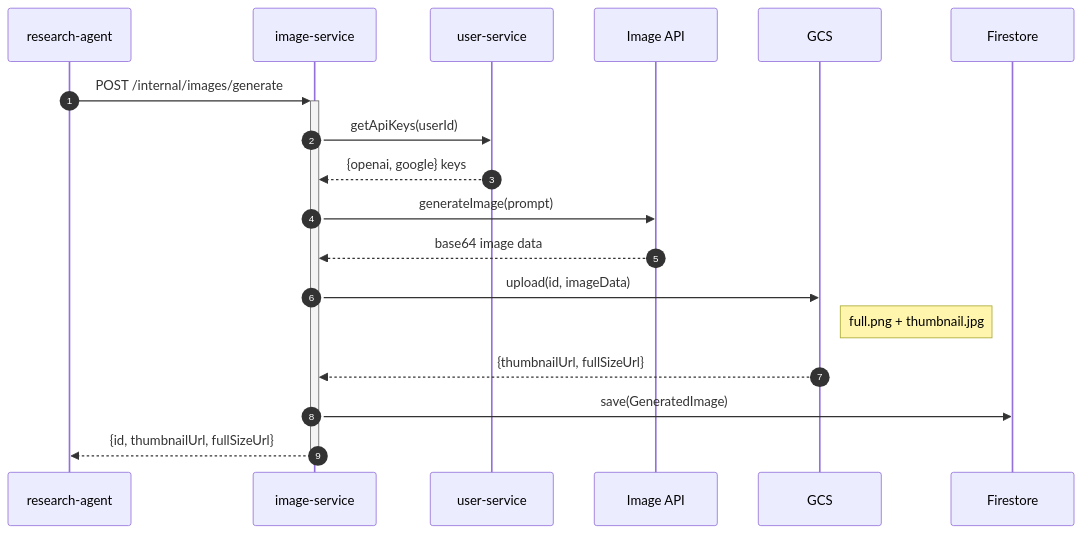
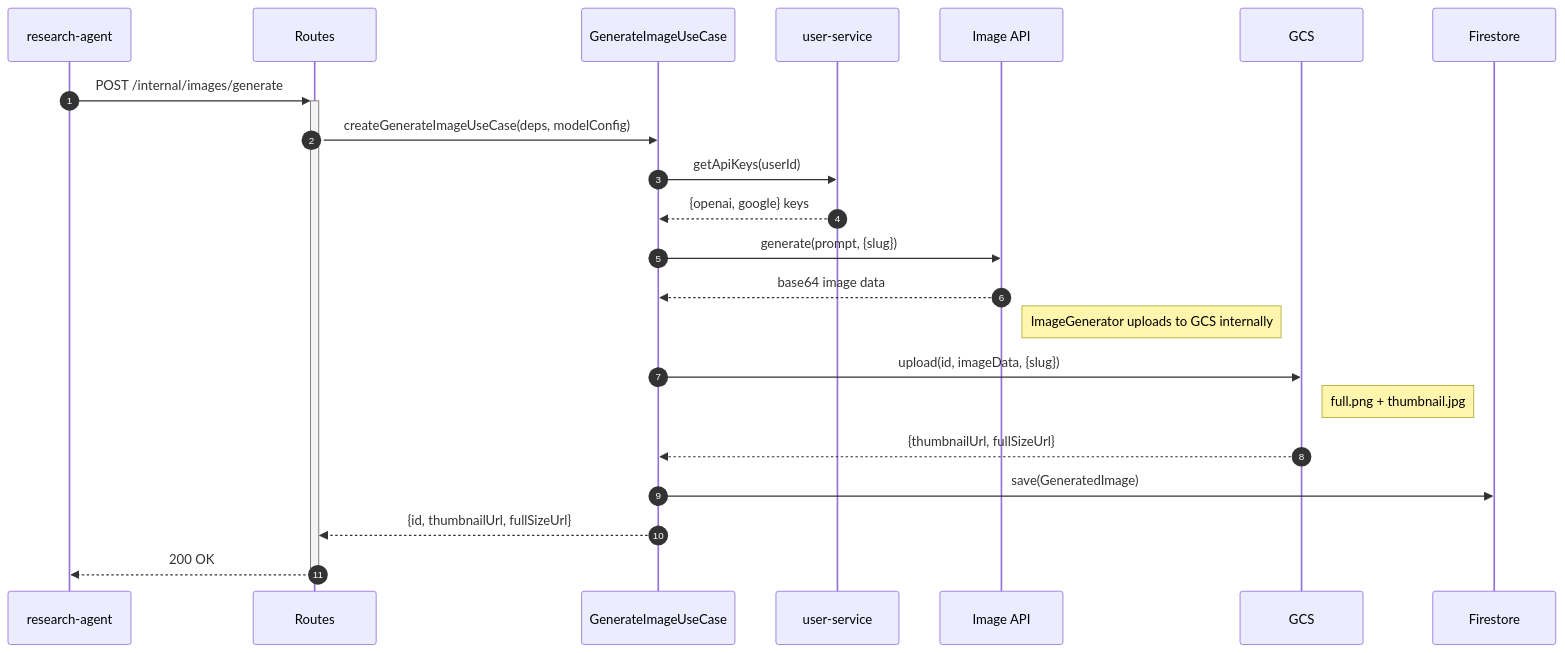
The second of 3 diagrams in docs/services/image-service/technical.md (pbuchman/intexuraos), drawn with Mermaid before and after one commit. The commit also changed other lines of this file and 125 other files, not shown here.

````diff
--- a/docs/services/image-service/technical.md
+++ b/docs/services/image-service/technical.md
@@ -55,24 +57,28 @@
 ```mermaid
 sequenceDiagram
     autonumber
     participant Caller as research-agent
-    participant Service as image-service
+    participant Routes as Routes
+    participant UC as GenerateImageUseCase
     participant UserSvc as user-service
     participant ImgGen as Image API
     participant GCS as GCS
     participant Firestore as Firestore
 
-    Caller->>+Service: POST /internal/images/generate
-    Service->>UserSvc: getApiKeys(userId)
-    UserSvc-->>Service: {openai, google} keys
+    Caller->>+Routes: POST /internal/images/generate
+    Routes->>UC: createGenerateImageUseCase(deps, modelConfig)
+    UC->>UserSvc: getApiKeys(userId)
+    UserSvc-->>UC: {openai, google} keys
 
-    Service->>ImgGen: generateImage(prompt)
-    ImgGen-->>Service: base64 image data
+    UC->>ImgGen: generate(prompt, {slug})
+    ImgGen-->>UC: base64 image data
 
-    Service->>GCS: upload(id, imageData)
+    Note right of ImgGen: ImageGenerator uploads to GCS internally
+    UC->>GCS: upload(id, imageData, {slug})
     Note right of GCS: full.png + thumbnail.jpg
-    GCS-->>Service: {thumbnailUrl, fullSizeUrl}
+    GCS-->>UC: {thumbnailUrl, fullSizeUrl}
 
-    Service->>Firestore: save(GeneratedImage)
-    Service-->>-Caller: {id, thumbnailUrl, fullSizeUrl}
+    UC->>Firestore: save(GeneratedImage)
+    UC-->>Routes: {id, thumbnailUrl, fullSizeUrl}
+    Routes-->>-Caller: 200 OK
 ```
````
